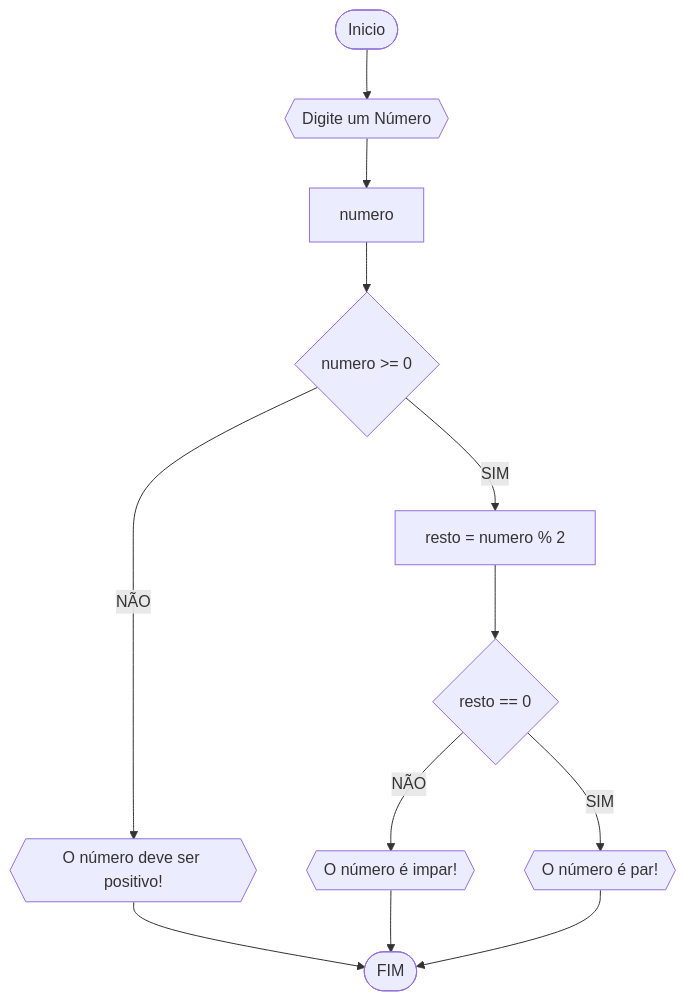
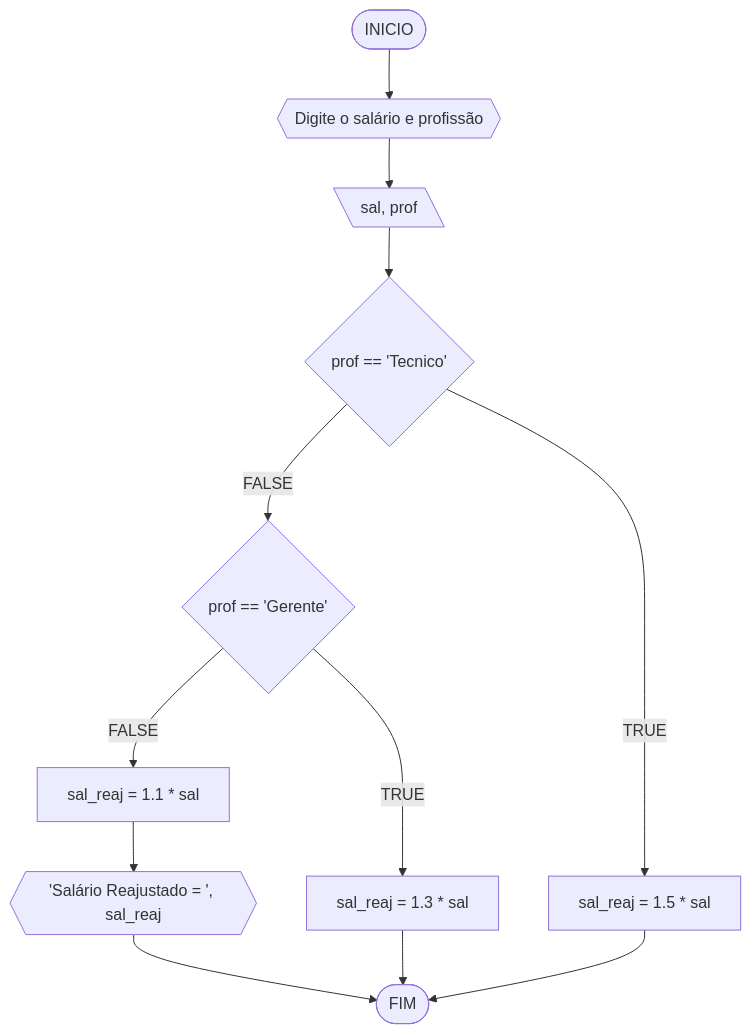
One commit to fallz22/unifor changed the first of 5 diagrams in RLA/lista 2_exercicios.md. Above: the diagram before and after it, drawn with Mermaid. The commit also changed other lines of this file, not shown here.

````diff
--- a/RLA/lista 2_exercicios.md
+++ b/RLA/lista 2_exercicios.md
@@ -11,14 +9,14 @@
 ```mermaid
 flowchart TD
-A([Inicio]) --> B{{Digite um Número}}
-B --> C[numero]
-C --> D{numero >= 0}
-D --NÃO--> E{{O número deve ser positivo!}}
-E --> Z([FIM])
-D --SIM--> F[resto = numero % 2]
-F --> G{resto == 0}
-G --NÃO--> H{{O número é impar!}} 
-G --SIM--> I{{O número é par!}}
-H --> Z
-I --> Z
+A([INICIO]) --> B{{Digite o salário e profissão}}
+B --> C[\sal, prof\]
+C --> D{prof == 'Tecnico'}
+D --FALSE--> E{prof == 'Gerente'}
+D --TRUE--> F[sal_reaj = 1.5 * sal]
+E --FALSE--> H[sal_reaj = 1.1 * sal]
+E --TRUE--> G[sal_reaj = 1.3 * sal]
+G --> I([FIM])
+F --> I
+H --> J{{'Salário Reajustado = ', sal_reaj}}
+J --> I
 ```
````
